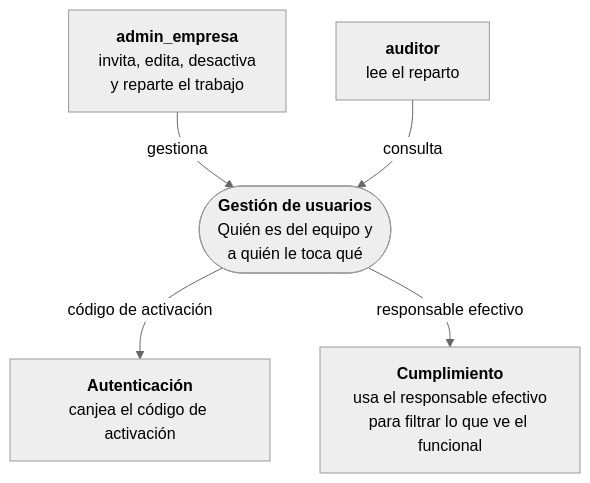
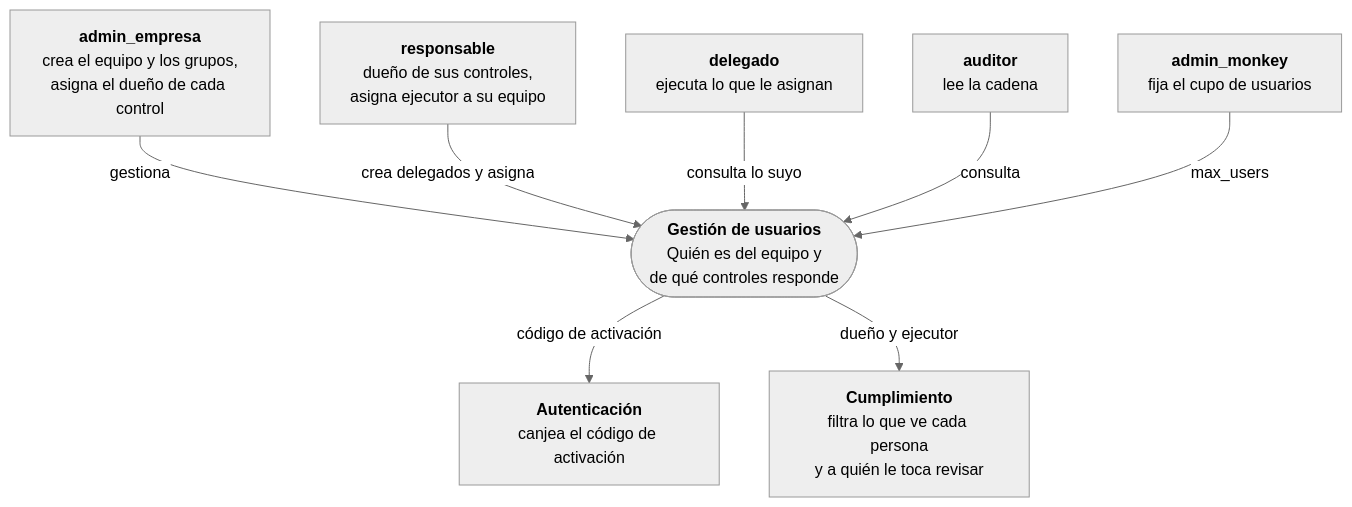
The first of 2 diagrams in skills/product/monkey-compliance-council/references/arquitectura/gestion-usuarios/01-c4.md (Monkey-GRC/Monkey-Brain-IA), drawn with Mermaid (neutral theme) before and after one commit. The commit also changed other lines of this file and 39 other files, not shown here.

First line of the commit message:
docs(brain): D102 y D103, cadena responsable/delegado, cupo de usuarios y plan del sprint 3

````diff
--- a/skills/product/monkey-compliance-council/references/arquitectura/gestion-usuarios/01-c4.md
+++ b/skills/product/monkey-compliance-council/references/arquitectura/gestion-usuarios/01-c4.md
@@ -7,12 +7,18 @@
 ```mermaid
 flowchart TB
-    adm["<b>admin_empresa</b><br/>invita, edita, desactiva<br/>y reparte el trabajo"]
-    aud["<b>auditor</b><br/>lee el reparto"]
-    sis(["<b>Gestión de usuarios</b><br/>Quién es del equipo y<br/>a quién le toca qué"])
+    adm["<b>admin_empresa</b><br/>crea el equipo y los grupos,<br/>asigna el dueño de cada control"]
+    res["<b>responsable</b><br/>dueño de sus controles,<br/>asigna ejecutor a su equipo"]
+    del["<b>delegado</b><br/>ejecuta lo que le asignan"]
+    aud["<b>auditor</b><br/>lee la cadena"]
+    mon["<b>admin_monkey</b><br/>fija el cupo de usuarios"]
+    sis(["<b>Gestión de usuarios</b><br/>Quién es del equipo y<br/>de qué controles responde"])
     aut["<b>Autenticación</b><br/>canjea el código de activación"]
-    cumpl["<b>Cumplimiento</b><br/>usa el responsable efectivo<br/>para filtrar lo que ve el funcional"]
+    cumpl["<b>Cumplimiento</b><br/>filtra lo que ve cada persona<br/>y a quién le toca revisar"]
     adm -- "gestiona" --> sis
+    res -- "crea delegados y asigna" --> sis
+    del -- "consulta lo suyo" --> sis
     aud -- "consulta" --> sis
+    mon -- "max_users" --> sis
     sis -- "código de activación" --> aut
-    sis -- "responsable efectivo" --> cumpl
+    sis -- "dueño y ejecutor" --> cumpl
 ```
````
